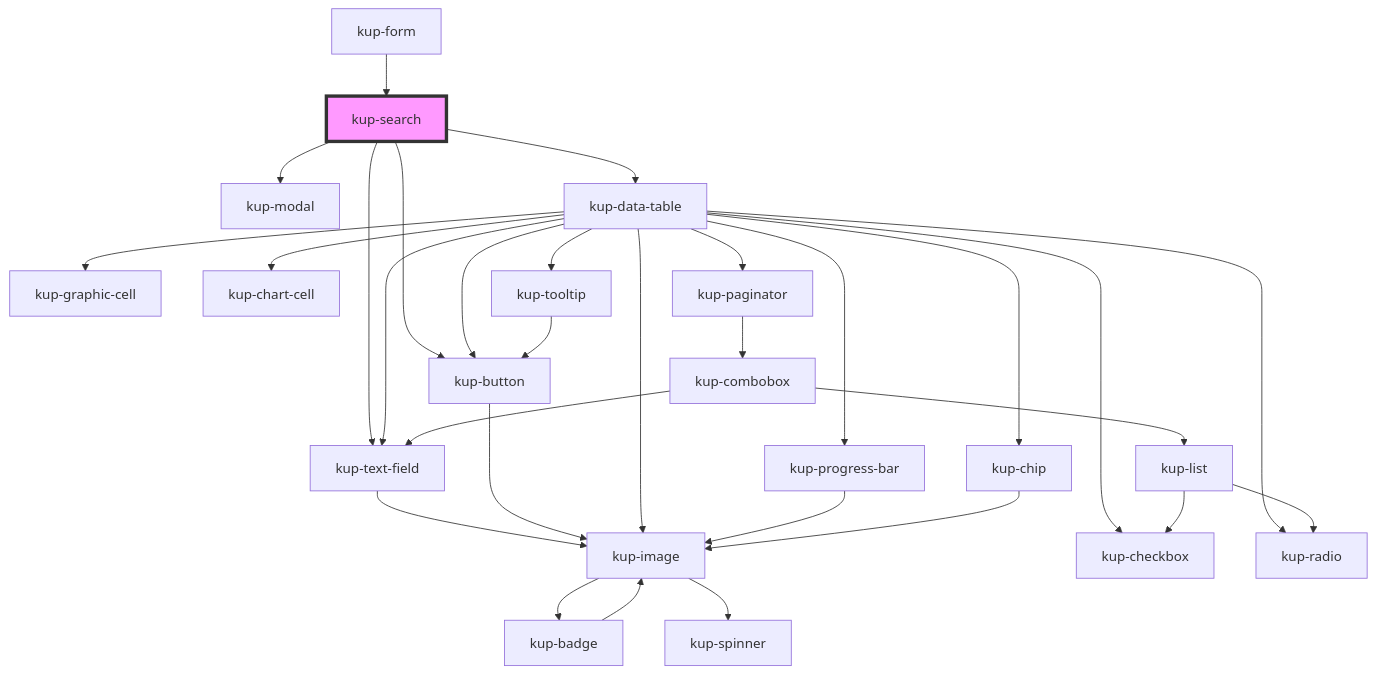
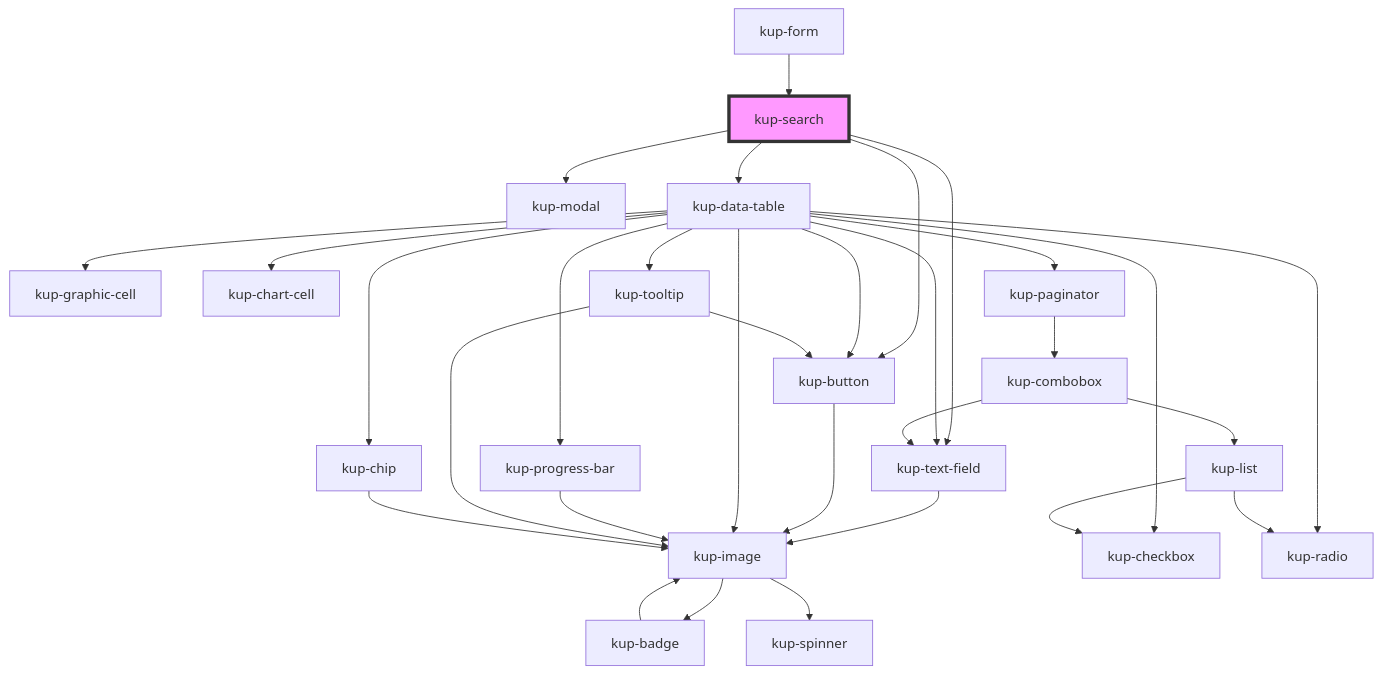
Before and after one commit to smeup/ketchup: the diagram in packages/ketchup/src/components/kup-search/readme.md, drawn with Mermaid. The commit also changed 6 other files, not shown here.

Commit message:
Swapped img tag with kup-image in tooltip.

````diff
--- a/packages/ketchup/src/components/kup-search/readme.md
+++ b/packages/ketchup/src/components/kup-search/readme.md
@@ -43,33 +43,34 @@
 ```mermaid
 graph TD;
   kup-search --> kup-text-field
   kup-search --> kup-button
   kup-search --> kup-modal
   kup-search --> kup-data-table
   kup-text-field --> kup-image
   kup-image --> kup-badge
   kup-image --> kup-spinner
   kup-badge --> kup-image
   kup-button --> kup-image
   kup-data-table --> kup-checkbox
   kup-data-table --> kup-text-field
   kup-data-table --> kup-image
   kup-data-table --> kup-button
   kup-data-table --> kup-graphic-cell
   kup-data-table --> kup-chart-cell
   kup-data-table --> kup-progress-bar
   kup-data-table --> kup-radio
   kup-data-table --> kup-tooltip
   kup-data-table --> kup-paginator
   kup-data-table --> kup-chip
   kup-progress-bar --> kup-image
   kup-tooltip --> kup-button
+  kup-tooltip --> kup-image
   kup-paginator --> kup-combobox
   kup-combobox --> kup-text-field
   kup-combobox --> kup-list
   kup-list --> kup-radio
   kup-list --> kup-checkbox
   kup-chip --> kup-image
   kup-form --> kup-search
   style kup-search fill:#f9f,stroke:#333,stroke-width:4px
 ```
````
